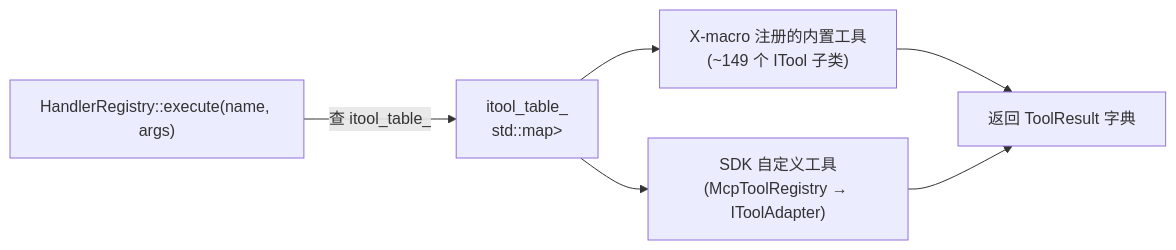
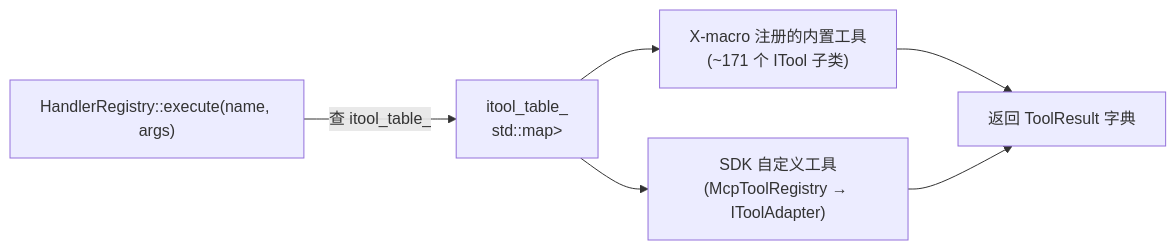
One commit to jesspig/GodotMCP-GDExtension changed the second of 2 diagrams in .repo_wiki/modules/command-routing.md. Above: the diagram before and after it, drawn with Mermaid. The commit also changed 14 other files, not shown here.

````diff
--- a/.repo_wiki/modules/command-routing.md
+++ b/.repo_wiki/modules/command-routing.md
@@ -34,13 +34,13 @@
 ```mermaid
 flowchart LR
     REG["HandlerRegistry::execute(name, args)"]
     ITBL["itool_table_<br/>std::map<String, unique_ptr<ITool>>"]
-    BUILTIN["X-macro 注册的内置工具<br/>(~149 个 ITool 子类)"]
+    BUILTIN["X-macro 注册的内置工具<br/>(~171 个 ITool 子类)"]
     SDK["SDK 自定义工具<br/>(McpToolRegistry → IToolAdapter)"]
     RES["返回 ToolResult 字典"]
     REG -->|"查 itool_table_"| ITBL
     ITBL --> BUILTIN
     ITBL --> SDK
     BUILTIN --> RES
     SDK --> RES
 ```
````
